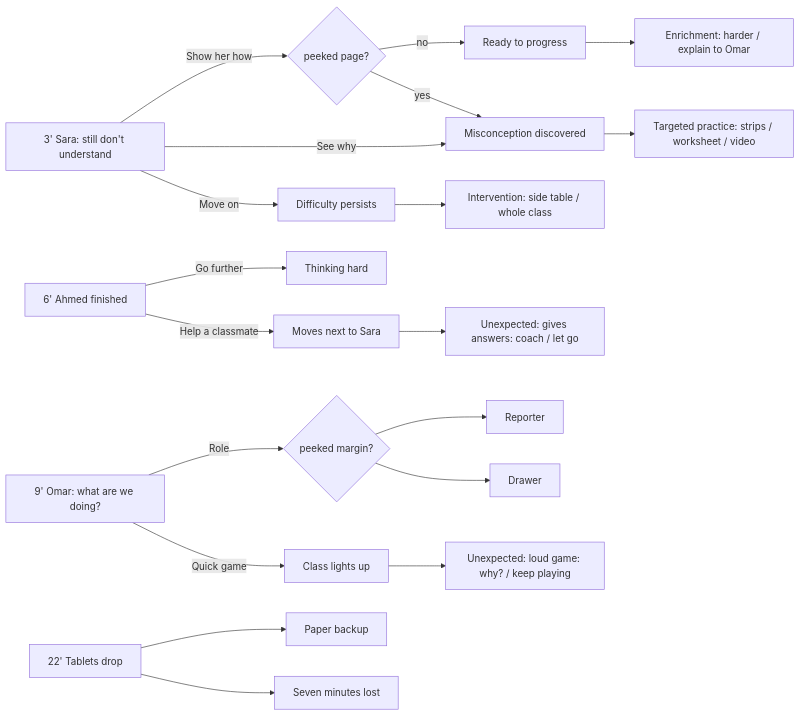
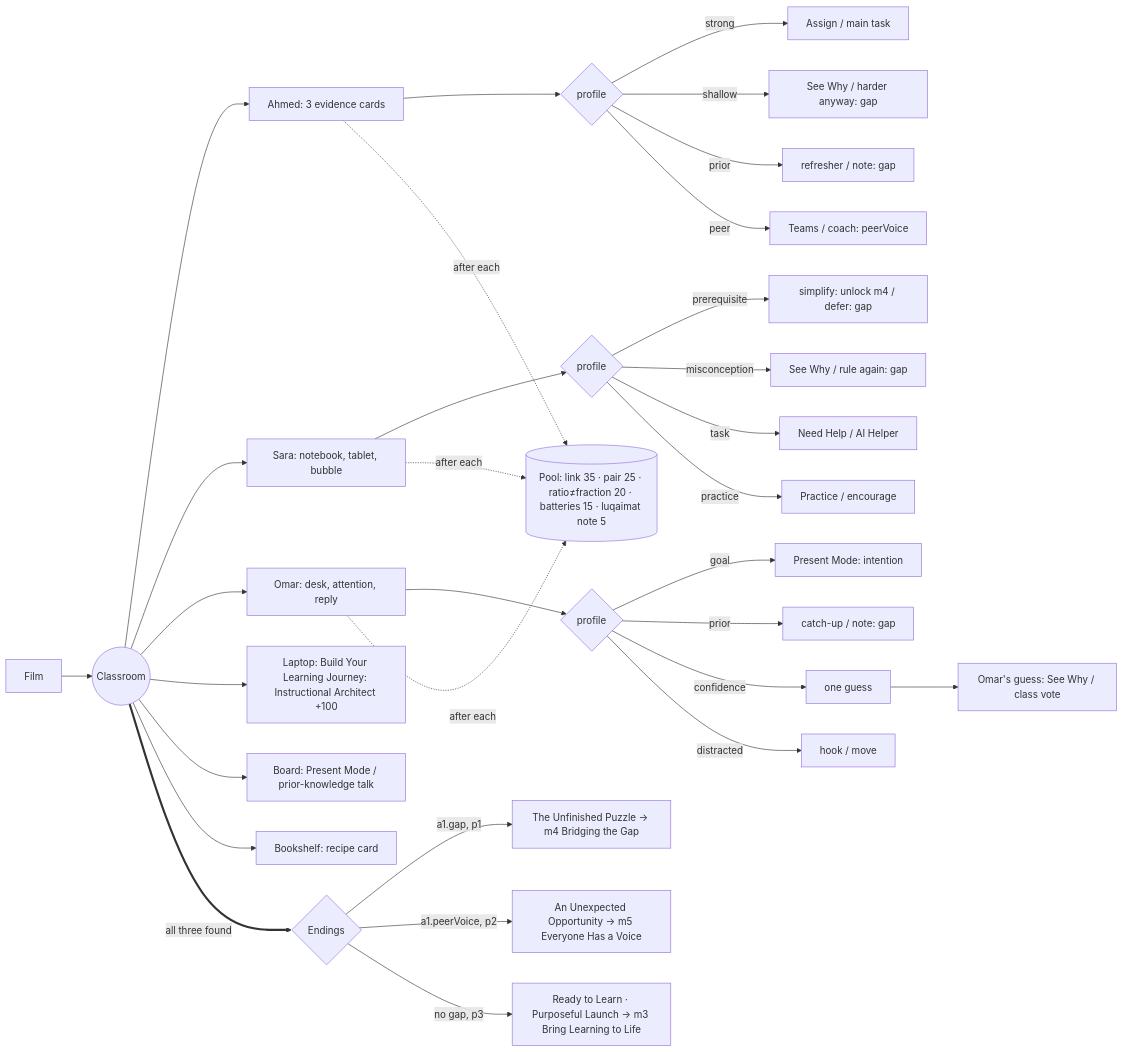
Before and after one commit to muhammad-kandil/toki-quest: the diagram in docs/content/TEACHER_CONTENT.md, drawn with Mermaid. The commit also changed other lines of this file and 12 other files, not shown here.

````diff
--- a/docs/content/TEACHER_CONTENT.md
+++ b/docs/content/TEACHER_CONTENT.md
@@ -84,13 +145,27 @@
 ```mermaid
 flowchart LR
-  S[3' Sara: still don't understand] -->|Show her how| R{peeked page?}
-  R -->|no| Ready[Ready to progress] --> En[Enrichment: harder / explain to Omar]
-  R -->|yes| Mis
-  S -->|See why| Mis[Misconception discovered] --> Tg[Targeted practice: strips / worksheet / video]
-  S -->|Move on| Per[Difficulty persists] --> Int[Intervention: side table / whole class]
-  A[6' Ahmed finished] -->|Go further| Deep[Thinking hard]
-  A -->|Help a classmate| Peer[Moves next to Sara] --> PA[Unexpected: gives answers: coach / let go]
-  O[9' Omar: what are we doing?] -->|Role| Role{peeked margin?} --> Rep[Reporter] & Draw[Drawer]
-  O -->|Quick game| Loud[Class lights up] --> L[Unexpected: loud game: why? / keep playing]
-  T[22' Tablets drop] --> Paper[Paper backup] & Wait[Seven minutes lost]
+  F[Film] --> C((Classroom))
+  C --> A[Ahmed: 3 evidence cards] --> AP{profile}
+  AP -->|strong| AS[Assign / main task]
+  AP -->|shallow| AW[See Why / harder anyway: gap]
+  AP -->|prior| AR[refresher / note: gap]
+  AP -->|peer| AT[Teams / coach: peerVoice]
+  C --> S[Sara: notebook, tablet, bubble] --> SP{profile}
+  SP -->|prerequisite| SB[simplify: unlock m4 / defer: gap]
+  SP -->|misconception| SW[See Why / rule again: gap]
+  SP -->|task| SN[Need Help / AI Helper]
+  SP -->|practice| SR[Practice / encourage]
+  C --> O[Omar: desk, attention, reply] --> OP{profile}
+  OP -->|goal| OI[Present Mode: intention]
+  OP -->|prior| OC[catch-up / note: gap]
+  OP -->|confidence| OG[one guess] --> OGI[Omar's guess: See Why / class vote]
+  OP -->|distracted| OH[hook / move]
+  C --> L[Laptop: Build Your Learning Journey: Instructional Architect +100]
+  C --> B[Board: Present Mode / prior-knowledge talk]
+  C --> K[Bookshelf: recipe card]
+  A & S & O -.after each.-> POOL[(Pool: link 35 · pair 25 · ratio≠fraction 20 · batteries 15 · luqaimat note 5)]
+  C ==>|all three found| E{Endings}
+  E -->|a1.gap, p1| U[The Unfinished Puzzle → m4 Bridging the Gap]
+  E -->|a1.peerVoice, p2| X[An Unexpected Opportunity → m5 Everyone Has a Voice]
+  E -->|no gap, p3| R[Ready to Learn · Purposeful Launch → m3 Bring Learning to Life]
 ```
````
